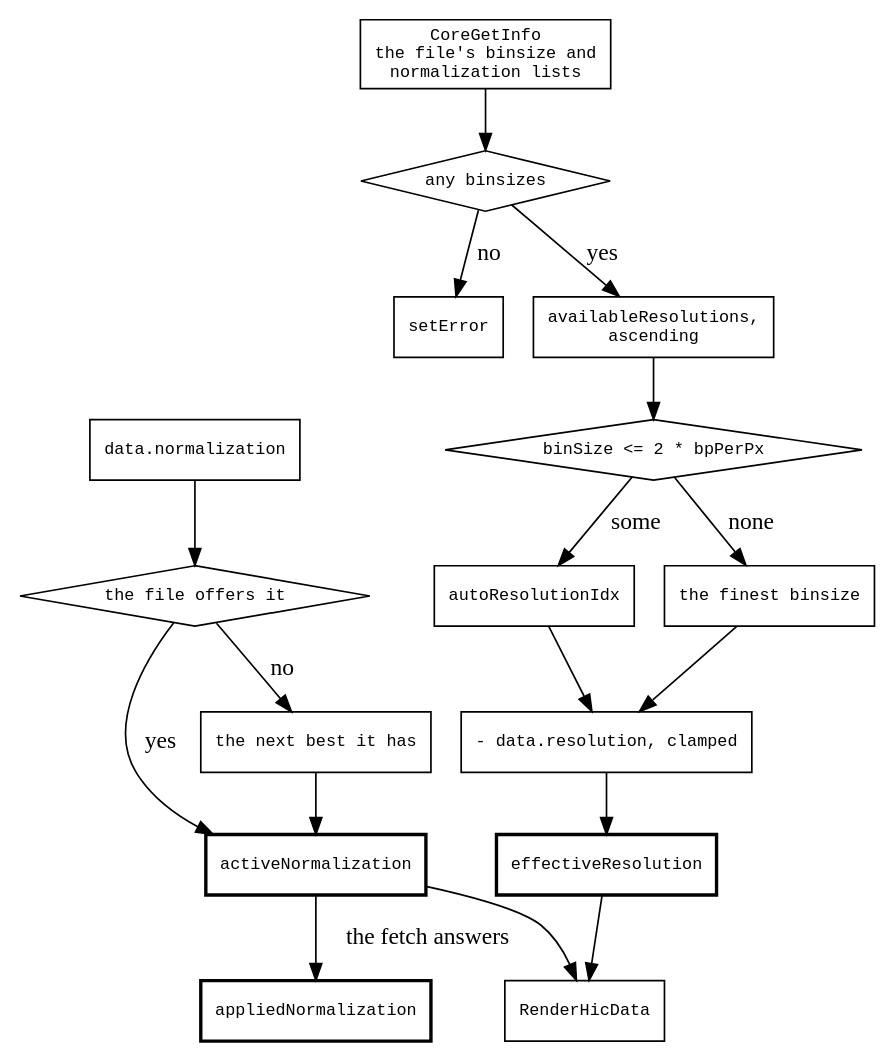
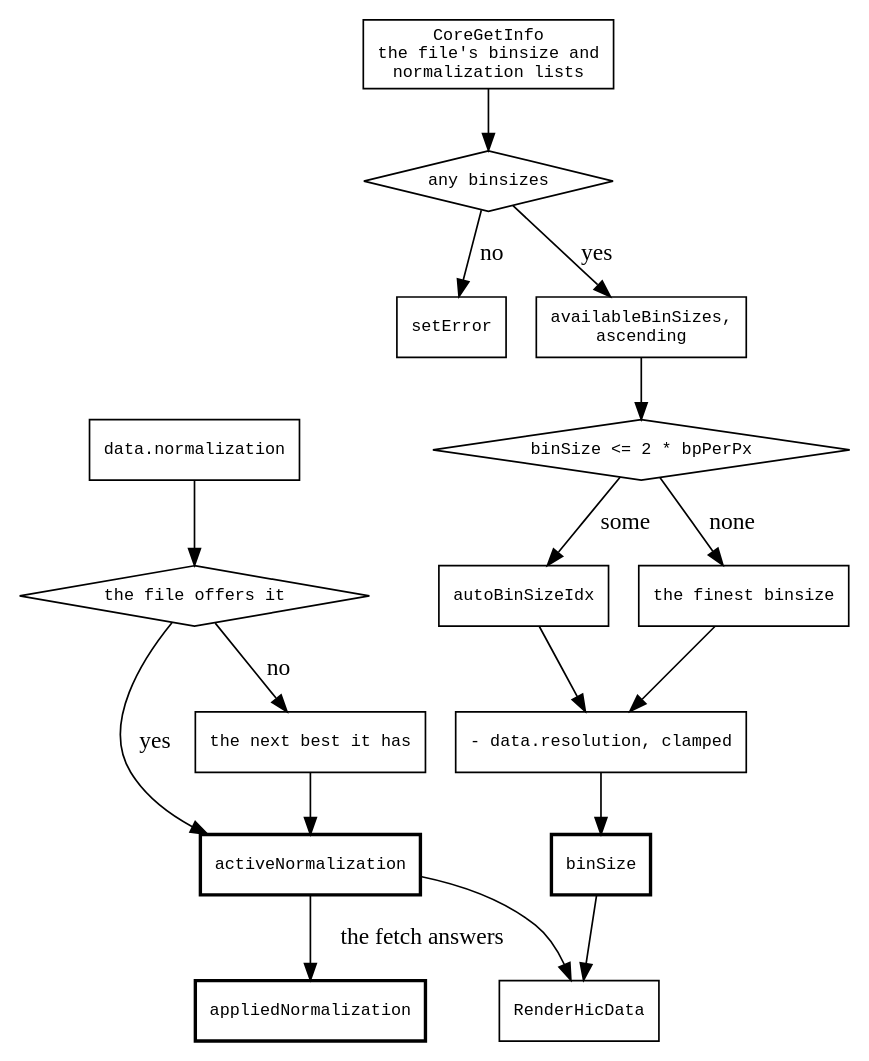
One commit to GMOD/jbrowse-components changed the diagram in agent-docs/reference/diagrams/hic-request.dot. Above: the diagram before and after it, drawn with Graphviz. The commit also changed 16 other files, not shown here.

```diff
--- a/agent-docs/reference/diagrams/hic-request.dot
+++ b/agent-docs/reference/diagrams/hic-request.dot
@@ -1,40 +1,40 @@
 digraph hic_request {
   rankdir=TB
   node [shape=box fontname=monospace fontsize=10]
   { node [shape=diamond] listed; qualifies; offered }
 
   header [label="CoreGetInfo\nthe file's binsize and\nnormalization lists"]
   listed [label="any binsizes"]
   header -> listed
   listed -> terminal [label=" no"]
   listed -> sorted   [label=" yes"]
   terminal [label="setError"]
-  sorted [label="availableResolutions,\nascending"]
+  sorted [label="availableBinSizes,\nascending"]
 
   qualifies [label="binSize <= 2 * bpPerPx"]
   sorted -> qualifies
   qualifies -> auto   [label=" some"]
   qualifies -> finest [label=" none"]
-  auto   [label="autoResolutionIdx"]
+  auto   [label="autoBinSizeIdx"]
   finest [label="the finest binsize"]
 
   bias [label="- data.resolution, clamped"]
   auto -> bias  finest -> bias
   bias -> effective
-  effective [label="effectiveResolution", style=bold]
+  effective [label="binSize", style=bold]
 
   selected [label="data.normalization"]
   offered [label="the file offers it"]
   selected -> offered
   offered -> active   [label=" yes"]
   offered -> nextBest [label=" no"]
   nextBest [label="the next best it has"]
   active   [label="activeNormalization", style=bold]
   nextBest -> active
 
   applied [label="appliedNormalization", style=bold]
   active -> applied [label=" the fetch answers"]
 
   call [label="RenderHicData"]
   effective -> call  active -> call
 }
```
